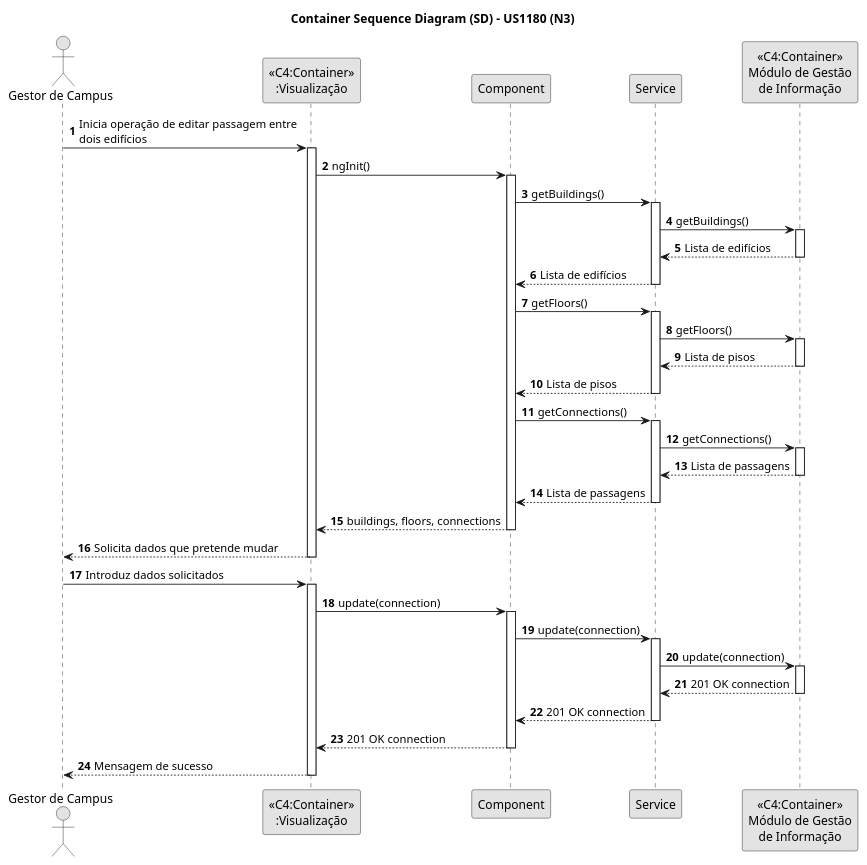
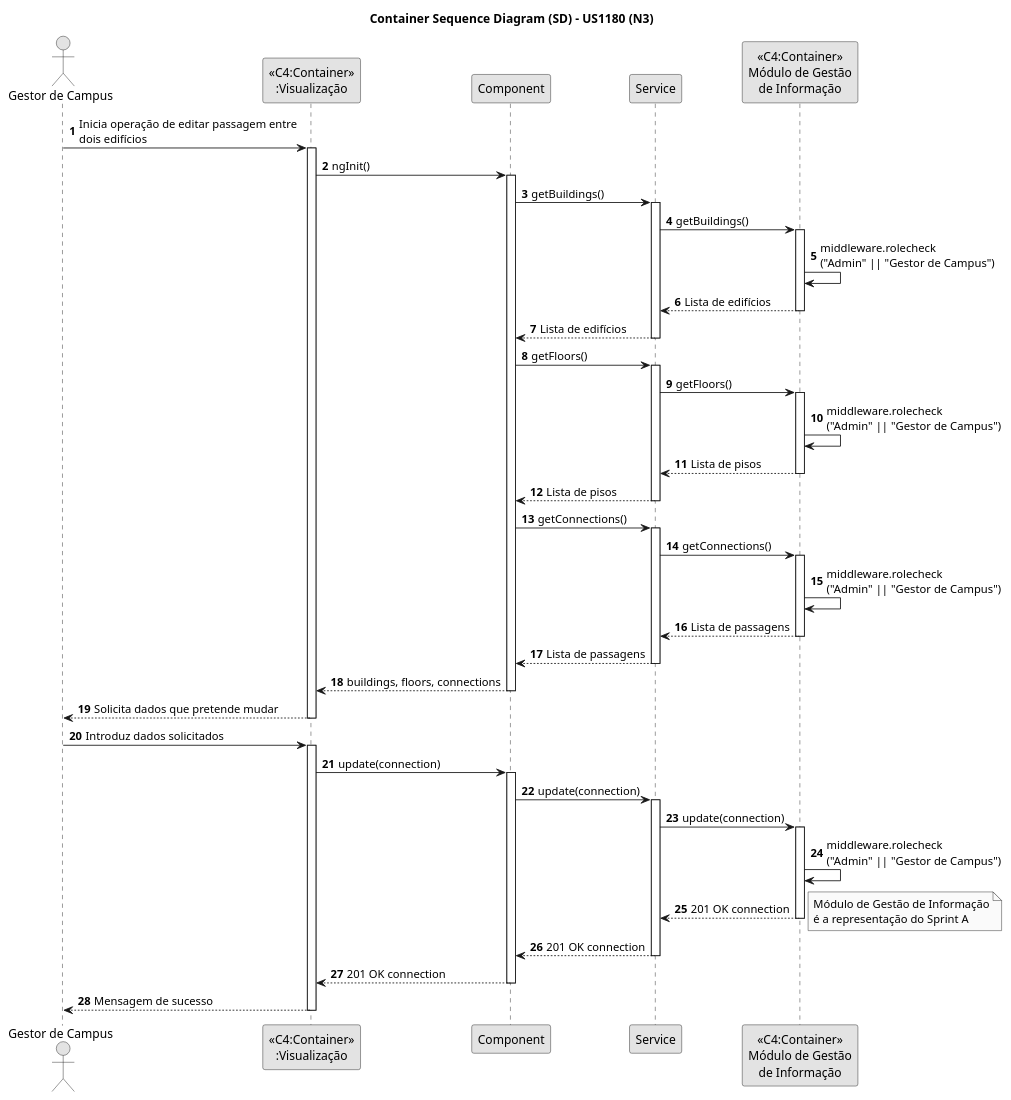
One commit to pedrocmesquita/RobDroneGo changed the diagram in docs/SprintB/1211171/us1180/SD-N3-US1180.puml. Above: the diagram before and after it, drawn with PlantUML. The commit also changed 36 other files, not shown here.

```diff
--- a/docs/SprintB/1211171/us1180/SD-N3-US1180.puml
+++ b/docs/SprintB/1211171/us1180/SD-N3-US1180.puml
@@ -1,67 +1,72 @@
 @startuml
 skinparam monochrome true
 skinparam packageStyle rectangle
 skinparam shadowing false
 
 title Container Sequence Diagram (SD) - US1180 (N3)
 
 autonumber
 
 actor "Gestor de Campus"
 
 "Gestor de Campus" -> "<<C4:Container>>\n:Visualização": Inicia operação de editar passagem entre\ndois edifícios
 activate "<<C4:Container>>\n:Visualização"
 "<<C4:Container>>\n:Visualização" -> Component: ngInit()
 activate Component
 Component -> Service: getBuildings()
 activate Service
 Service -> "<<C4:Container>>\nMódulo de Gestão\nde Informação" : getBuildings()
 activate "<<C4:Container>>\nMódulo de Gestão\nde Informação"
+"<<C4:Container>>\nMódulo de Gestão\nde Informação" -> "<<C4:Container>>\nMódulo de Gestão\nde Informação": middleware.rolecheck\n("Admin" || "Gestor de Campus")
 "<<C4:Container>>\nMódulo de Gestão\nde Informação" --> Service : Lista de edifícios
 deactivate "<<C4:Container>>\nMódulo de Gestão\nde Informação"
 Service --> Component : Lista de edifícios
 deactivate Service
 Component -> Service : getFloors()
 activate Service
 Service -> "<<C4:Container>>\nMódulo de Gestão\nde Informação" : getFloors()
 activate "<<C4:Container>>\nMódulo de Gestão\nde Informação"
+"<<C4:Container>>\nMódulo de Gestão\nde Informação" -> "<<C4:Container>>\nMódulo de Gestão\nde Informação": middleware.rolecheck\n("Admin" || "Gestor de Campus")
 "<<C4:Container>>\nMódulo de Gestão\nde Informação" --> Service : Lista de pisos
 deactivate "<<C4:Container>>\nMódulo de Gestão\nde Informação"
 Service --> Component : Lista de pisos
 deactivate Service
 Component -> Service : getConnections()
 activate Service
 
 Service -> "<<C4:Container>>\nMódulo de Gestão\nde Informação" : getConnections()
 activate "<<C4:Container>>\nMódulo de Gestão\nde Informação"
+"<<C4:Container>>\nMódulo de Gestão\nde Informação" -> "<<C4:Container>>\nMódulo de Gestão\nde Informação": middleware.rolecheck\n("Admin" || "Gestor de Campus")
 "<<C4:Container>>\nMódulo de Gestão\nde Informação" --> Service: Lista de passagens
 deactivate "<<C4:Container>>\nMódulo de Gestão\nde Informação"
 Service --> Component: Lista de passagens
 deactivate Service
 Component --> "<<C4:Container>>\n:Visualização" : buildings, floors, connections
 deactivate Component
 
 "<<C4:Container>>\n:Visualização" --> "Gestor de Campus": Solicita dados que pretende mudar
 deactivate "<<C4:Container>>\n:Visualização"
 
 "Gestor de Campus" -> "<<C4:Container>>\n:Visualização": Introduz dados solicitados
 activate "<<C4:Container>>\n:Visualização"
 "<<C4:Container>>\n:Visualização" -> Component : update(connection)
 activate Component
 Component -> Service : update(connection)
 activate Service
 Service -> "<<C4:Container>>\nMódulo de Gestão\nde Informação" : update(connection)
 
 activate "<<C4:Container>>\nMódulo de Gestão\nde Informação"
+"<<C4:Container>>\nMódulo de Gestão\nde Informação" -> "<<C4:Container>>\nMódulo de Gestão\nde Informação": middleware.rolecheck\n("Admin" || "Gestor de Campus")
 "<<C4:Container>>\nMódulo de Gestão\nde Informação" --> Service: 201 OK connection
+note right: Módulo de Gestão de Informação\né a representação do Sprint A
 
 deactivate "<<C4:Container>>\nMódulo de Gestão\nde Informação"
 Service --> Component: 201 OK connection
 deactivate Service
 Component --> "<<C4:Container>>\n:Visualização" : 201 OK connection
 deactivate Component
 deactivate "<<C4:Container>>\nMódulo de Gestão\nde Informação"
 "Gestor de Campus" <-- "<<C4:Container>>\n:Visualização": Mensagem de sucesso
 deactivate "<<C4:Container>>\n:Visualização"
 
 @enduml
```
